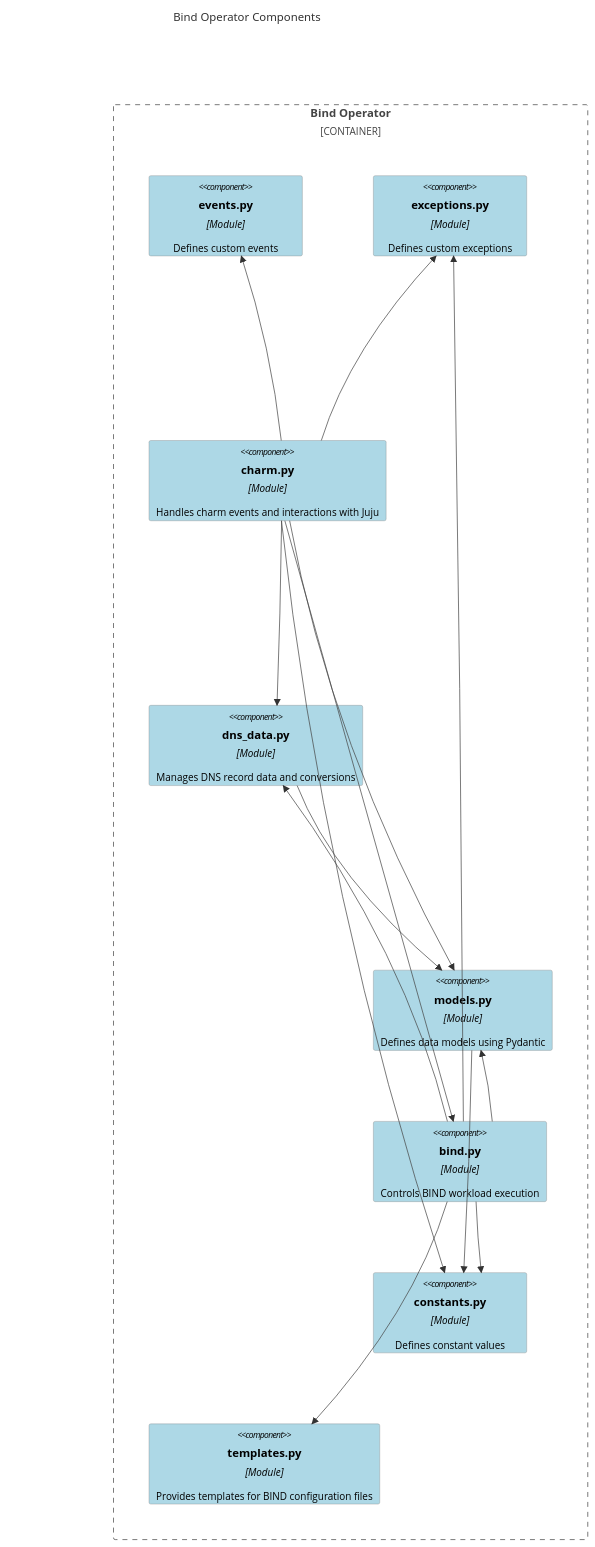
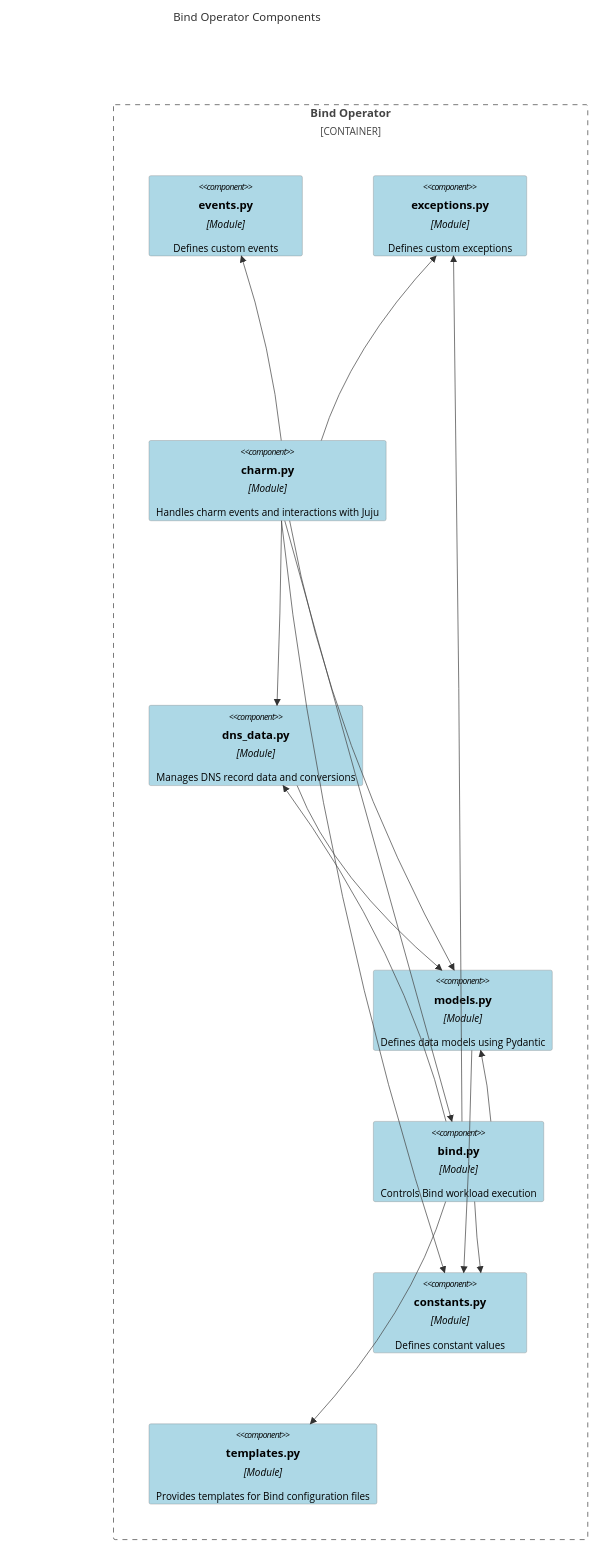
One commit to canonical/dns-operators changed the diagram in docs/explanation/bind-charm-architecture.md. Above: the diagram before and after it, drawn with Mermaid.

Commit message:
s/BIND/Bind/g

````diff
--- a/docs/explanation/bind-charm-architecture.md
+++ b/docs/explanation/bind-charm-architecture.md
@@ -6,55 +6,55 @@
 ```mermaid
 C4Component
 title Bind Operator Components
 
 UpdateLayoutConfig($c4ShapeInRow="3", $c4BoundaryInRow="2")
 
 Container_Boundary(bind-operator, "Bind Operator") {
     Component(events, "events.py", "Module", "Defines custom events")
     Component(exceptions, "exceptions.py", "Module", "Defines custom exceptions")
     Component(empty1, "")
     Component(charm, "charm.py", "Module", "Handles charm events and interactions with Juju")
     Component(empty2, "")
     Component(dns_data, "dns_data.py", "Module", "Manages DNS record data and conversions")
     Component(empty3, "")
     Component(empty4, "")
     Component(empty5, "")
     Component(models, "models.py", "Module", "Defines data models using Pydantic")
     Component(empty7, "")
-    Component(bind, "bind.py", "Module", "Controls BIND workload execution")
+    Component(bind, "bind.py", "Module", "Controls Bind workload execution")
     Component(empty6, "")
     Component(constants, "constants.py", "Module", "Defines constant values")
-    Component(templates, "templates.py", "Module", "Provides templates for BIND configuration files")
+    Component(templates, "templates.py", "Module", "Provides templates for Bind configuration files")
 
     UpdateElementStyle(empty1,  $bgColor="#0000", $borderColor="#0000")
     UpdateElementStyle(empty2,  $bgColor="#0000", $borderColor="#0000")
     UpdateElementStyle(empty3,  $bgColor="#0000", $borderColor="#0000")
     UpdateElementStyle(empty4,  $bgColor="#0000", $borderColor="#0000")
     UpdateElementStyle(empty5,  $bgColor="#0000", $borderColor="#0000")
     UpdateElementStyle(empty6,  $bgColor="#0000", $borderColor="#0000")
     UpdateElementStyle(empty7,  $bgColor="#0000", $borderColor="#0000")
 
     Rel(charm, bind, "")
     Rel(bind, constants, "")
     Rel(bind, dns_data, "")
     Rel(bind, exceptions, "")
     Rel(bind, models, "")
     Rel(bind, templates, "")
     Rel(charm, constants, "")
     Rel(charm, dns_data, "")
     Rel(charm, exceptions, "")
     Rel(charm, models, "")
     Rel(dns_data, models, "")
     Rel(models, constants, "")
     Rel(charm, events, "")
 }
 
 UpdateElementStyle(bind, $fontColor="black", $bgColor="lightblue", $borderColor="gray")
 UpdateElementStyle(charm, $fontColor="black", $bgColor="lightblue", $borderColor="gray")
 UpdateElementStyle(dns_data, $fontColor="black", $bgColor="lightblue", $borderColor="gray")
 UpdateElementStyle(models, $fontColor="black", $bgColor="lightblue", $borderColor="gray")
 UpdateElementStyle(templates, $fontColor="black", $bgColor="lightblue", $borderColor="gray")
 UpdateElementStyle(constants, $fontColor="black", $bgColor="lightblue", $borderColor="gray")
 UpdateElementStyle(events, $fontColor="black", $bgColor="lightblue", $borderColor="gray")
 UpdateElementStyle(exceptions, $fontColor="black", $bgColor="lightblue", $borderColor="gray")
 ```
````
